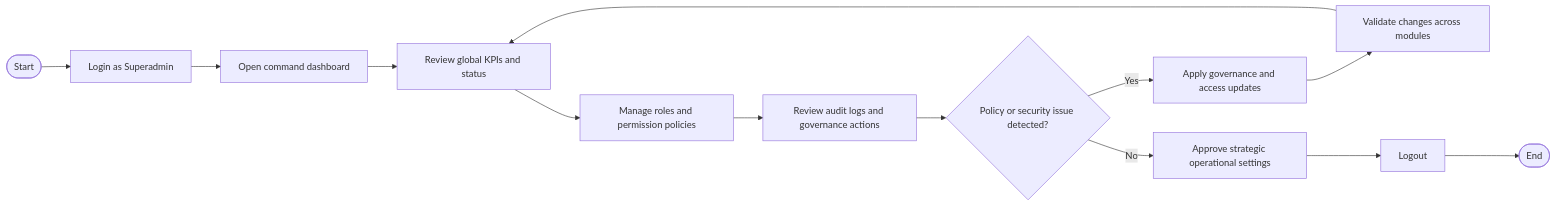
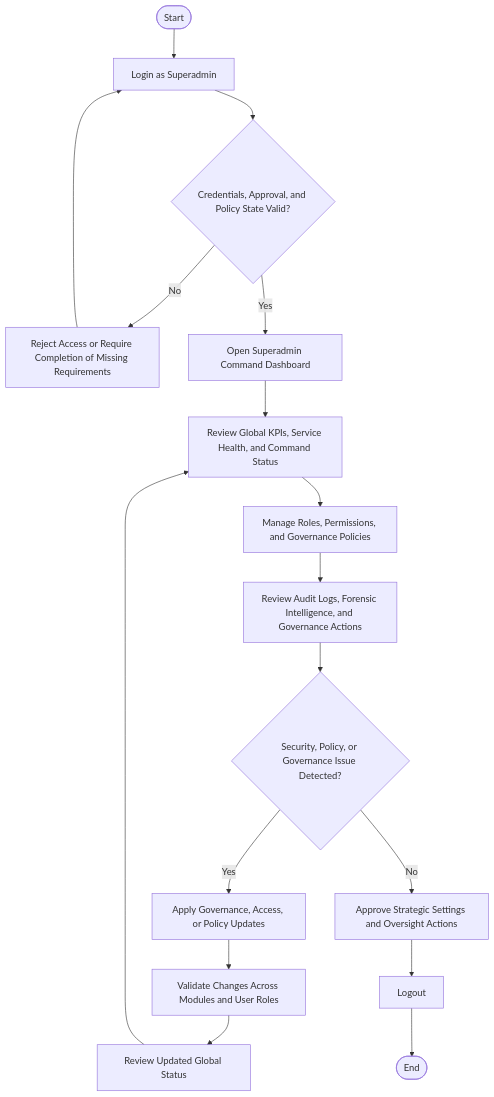
The sixth of 6 diagrams in SENTINEL - Group 8.md (dwaytu/Capstone-Main), drawn with Mermaid before and after one commit. The commit also changed other lines of this file, not shown here.

````diff
--- a/SENTINEL - Group 8.md
+++ b/SENTINEL - Group 8.md
@@ -1466,15 +1483,19 @@
 ```mermaid
-flowchart LR
+flowchart TD
 	A([Start]) --> B[Login as Superadmin]
-	B --> C[Open command dashboard]
-	C --> D[Review global KPIs and status]
-	D --> E[Manage roles and permission policies]
-	E --> F[Review audit logs and governance actions]
-	F --> G{Policy or security issue detected?}
-	G -- Yes --> H[Apply governance and access updates]
-	H --> I[Validate changes across modules]
-	I --> D
-	G -- No --> J[Approve strategic operational settings]
-	J --> K[Logout]
-	K --> L([End])
+	B --> C{Credentials, Approval, and Policy State Valid?}
+	C -- No --> D[Reject Access or Require Completion of Missing Requirements]
+	D --> B
+	C -- Yes --> E[Open Superadmin Command Dashboard]
+	E --> F[Review Global KPIs, Service Health, and Command Status]
+	F --> G[Manage Roles, Permissions, and Governance Policies]
+	G --> H[Review Audit Logs, Forensic Intelligence, and Governance Actions]
+	H --> I{Security, Policy, or Governance Issue Detected?}
+	I -- Yes --> J[Apply Governance, Access, or Policy Updates]
+	J --> K[Validate Changes Across Modules and User Roles]
+	K --> L[Review Updated Global Status]
+	L --> F
+	I -- No --> M[Approve Strategic Settings and Oversight Actions]
+	M --> N[Logout]
+	N --> O([End])
 ```
````
